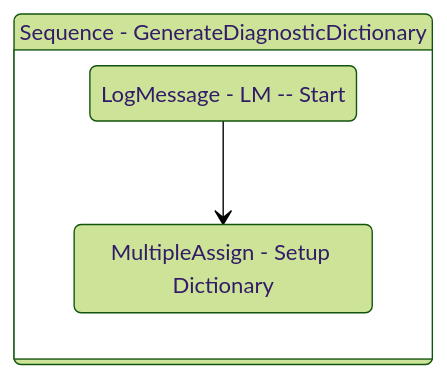
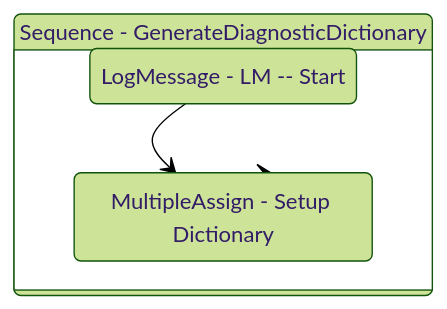
Before and after one commit to yashbrahmbhatt/LazyFramework: the diagram in Documentation/Utility/GenerateDiagnosticDictionary.md, drawn with Mermaid (forest theme). The commit also changed 83 other files, not shown here.

````diff
--- a/Documentation/Utility/GenerateDiagnosticDictionary.md
+++ b/Documentation/Utility/GenerateDiagnosticDictionary.md
@@ -101,12 +101,12 @@
 ```mermaid
 stateDiagram-v2
-
 
 Sequence_1: Sequence - GenerateDiagnosticDictionary
 state Sequence_1 {
 direction TB
 LogMessage_1 : LogMessage - LM -- Start
 MultipleAssign_1 : MultipleAssign - Setup Dictionary
 LogMessage_1 --> MultipleAssign_1
 }
+MultipleAssign_1 --> Sequence_1
 ```
````
